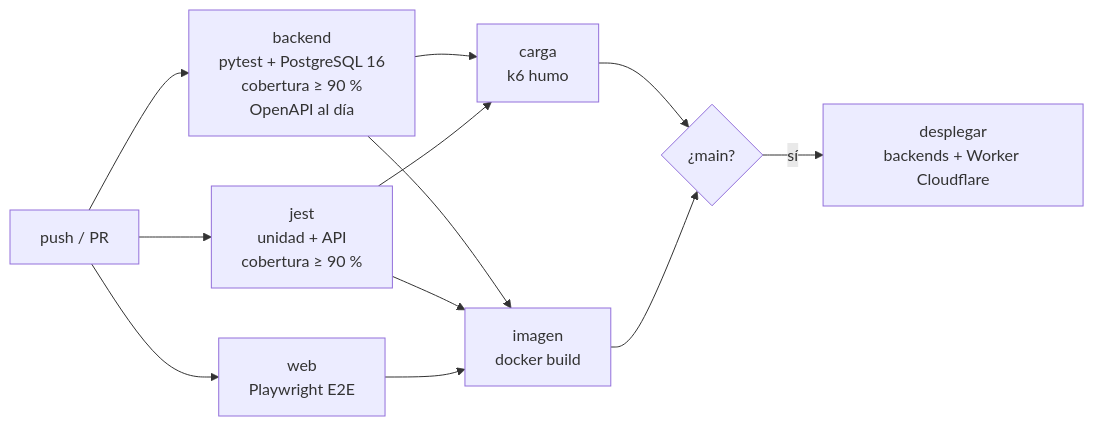
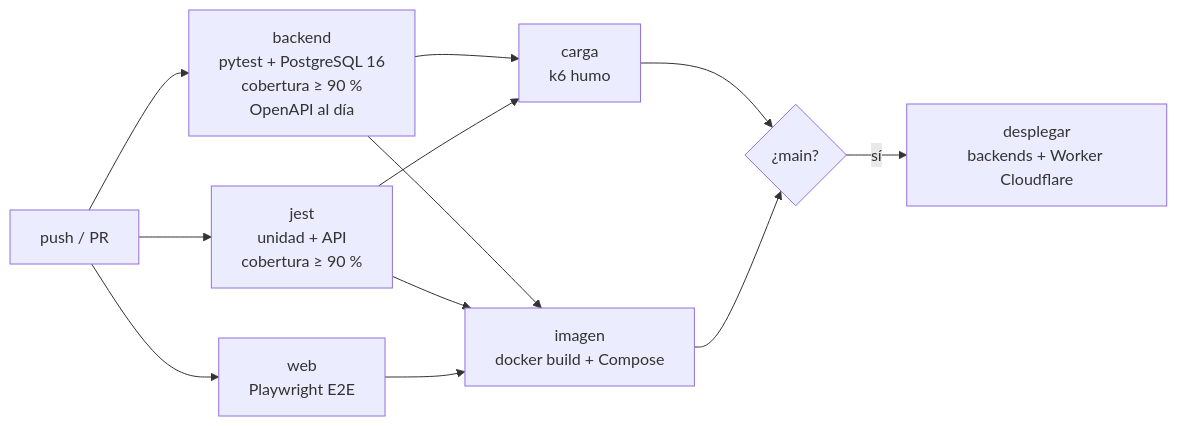
One commit to cristianllallahui27-commits/LlegueYa changed the diagram in docs/07-sprint2/06-pruebas-automatizadas-y-ci.md. Above: the diagram before and after it, drawn with Mermaid. The commit also changed other lines of this file and 124 other files, not shown here.

````diff
--- a/docs/07-sprint2/06-pruebas-automatizadas-y-ci.md
+++ b/docs/07-sprint2/06-pruebas-automatizadas-y-ci.md
@@ -56,11 +58,11 @@
 ```mermaid
 flowchart LR
     A[push / PR] --> B["backend<br/>pytest + PostgreSQL 16<br/>cobertura ≥ 90 %<br/>OpenAPI al día"]
     A --> C["jest<br/>unidad + API<br/>cobertura ≥ 90 %"]
     A --> D["web<br/>Playwright E2E"]
     B --> E["carga<br/>k6 humo"]
     C --> E
-    B & C & D --> F["imagen<br/>docker build"]
+    B & C & D --> F["imagen<br/>docker build + Compose"]
     E & F --> G{"¿main?"}
     G -- sí --> H["desplegar<br/>backends + Worker Cloudflare"]
 ```
````
